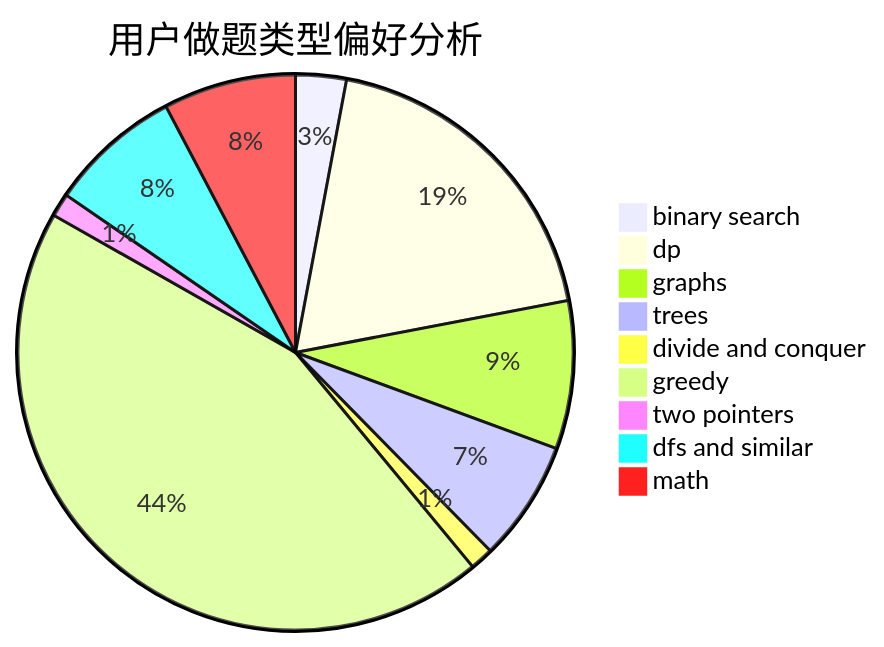
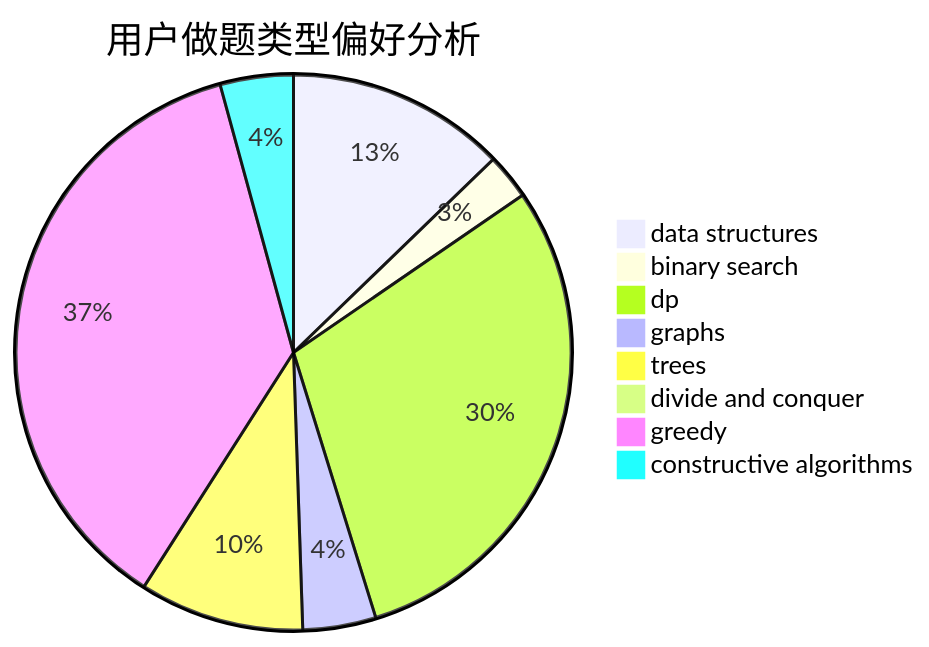
Before and after one commit to sherpahu/cfrs.github.io: the second of 3 diagrams in docs/user/u650.md, drawn with Mermaid. The commit also changed other lines of this file and 2775 other files, not shown here.

````diff
--- a/docs/user/u650.md
+++ b/docs/user/u650.md
@@ -23,12 +23,11 @@
 ```mermaid
 pie title 用户做题类型偏好分析
-    "binary search" :  13
-    "dp" :  84
-    "graphs" :  38
-    "trees" :  31
-    "divide and conquer" :  6
-    "greedy" :  195
-    "two pointers" :  6
-    "dfs and similar" :  34
-    "math" :  34
+    "data structures" :  24
+    "binary search" :  5
+    "dp" :  56
+    "graphs" :  8
+    "trees" :  18
+    "divide and conquer" :  0
+    "greedy" :  69
+    "constructive algorithms" :  8
 ```
````
